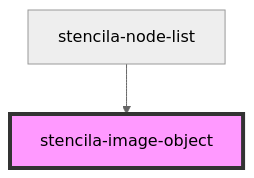
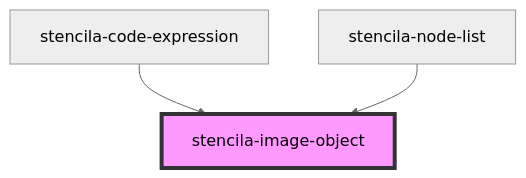
Before and after one commit to stencila/designa: the diagram in packages/components/src/components/imageObject/readme.md, drawn with Mermaid (neutral theme). The commit also changed other lines of this file and 6 other files, not shown here.

Commit message:
feat(CodeExpression): Update CodeExpression outputs when executing code

````diff
--- a/packages/components/src/components/imageObject/readme.md
+++ b/packages/components/src/components/imageObject/readme.md
@@ -20,5 +21,6 @@
 ```mermaid
 graph TD;
+  stencila-code-expression --> stencila-image-object
   stencila-node-list --> stencila-image-object
   style stencila-image-object fill:#f9f,stroke:#333,stroke-width:4px
 ```
````
